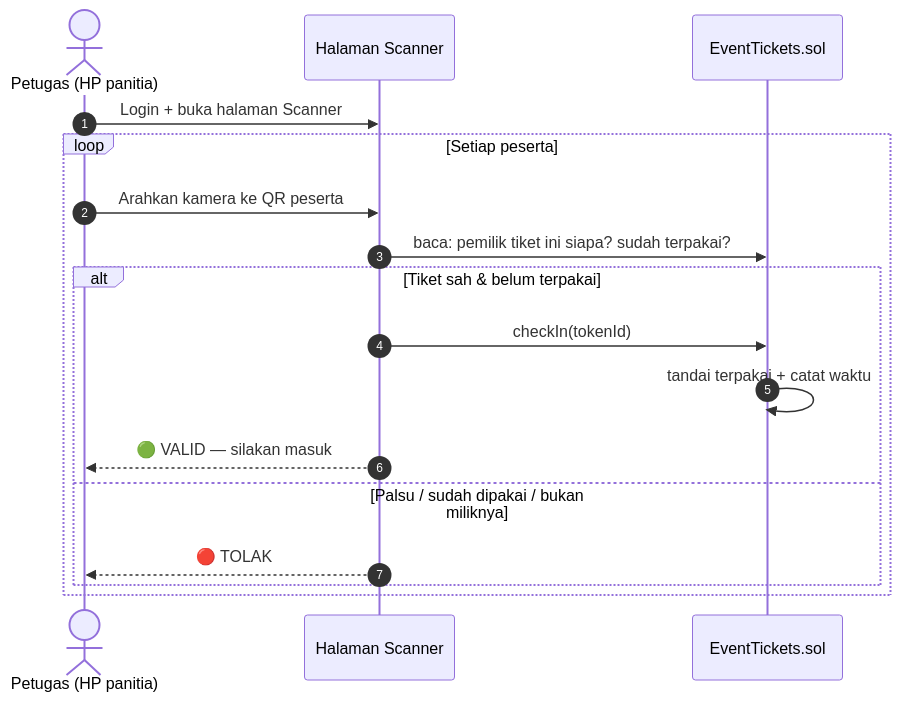
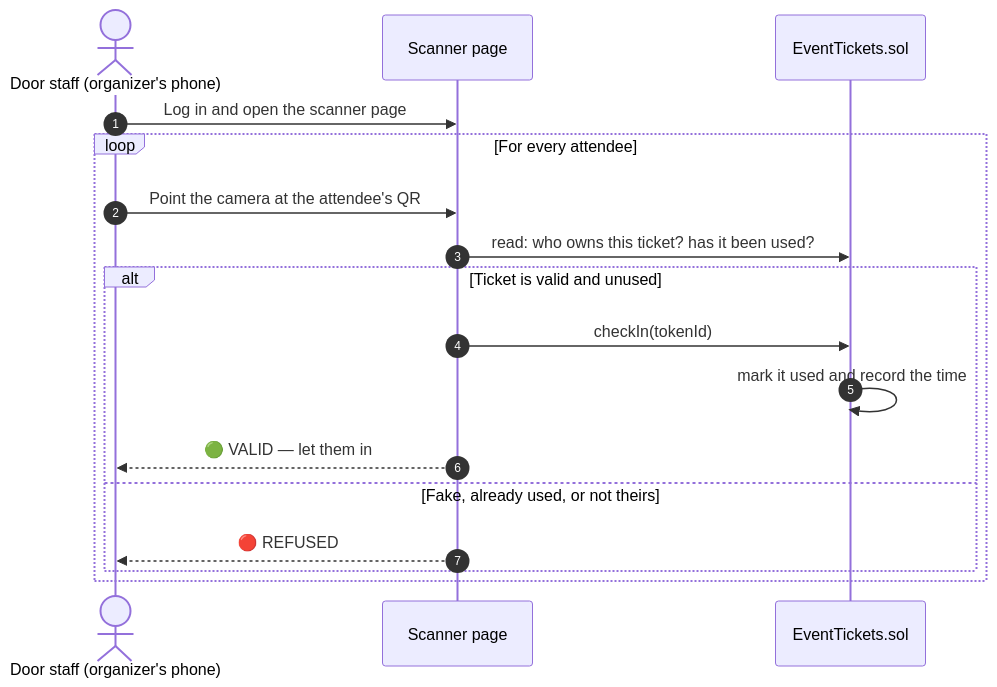
The fifth of 8 diagrams in blueprint.md (mA4rK0/sticket), drawn with Mermaid before and after one commit. The commit also changed other lines of this file and 58 other files, not shown here.

Commit message:
feat(app): Sticket frontend with buyer flow, resale market, dashboard and scanner

````diff
--- a/blueprint.md
+++ b/blueprint.md
@@ -215,20 +215,20 @@
 ```mermaid
 sequenceDiagram
     autonumber
-    actor PT as Petugas (HP panitia)
-    participant SC as Halaman Scanner
+    actor PT as Door staff (organizer's phone)
+    participant SC as Scanner page
     participant T as EventTickets.sol
 
-    PT->>SC: Login + buka halaman Scanner
-    loop Setiap peserta
-        PT->>SC: Arahkan kamera ke QR peserta
-        SC->>T: baca: pemilik tiket ini siapa? sudah terpakai?
-        alt Tiket sah & belum terpakai
+    PT->>SC: Log in and open the scanner page
+    loop For every attendee
+        PT->>SC: Point the camera at the attendee's QR
+        SC->>T: read: who owns this ticket? has it been used?
+        alt Ticket is valid and unused
             SC->>T: checkIn(tokenId)
-            T->>T: tandai terpakai + catat waktu
-            SC-->>PT: 🟢 VALID — silakan masuk
-        else Palsu / sudah dipakai / bukan miliknya
-            SC-->>PT: 🔴 TOLAK
+            T->>T: mark it used and record the time
+            SC-->>PT: 🟢 VALID — let them in
+        else Fake, already used, or not theirs
+            SC-->>PT: 🔴 REFUSED
         end
     end
 ```
````
